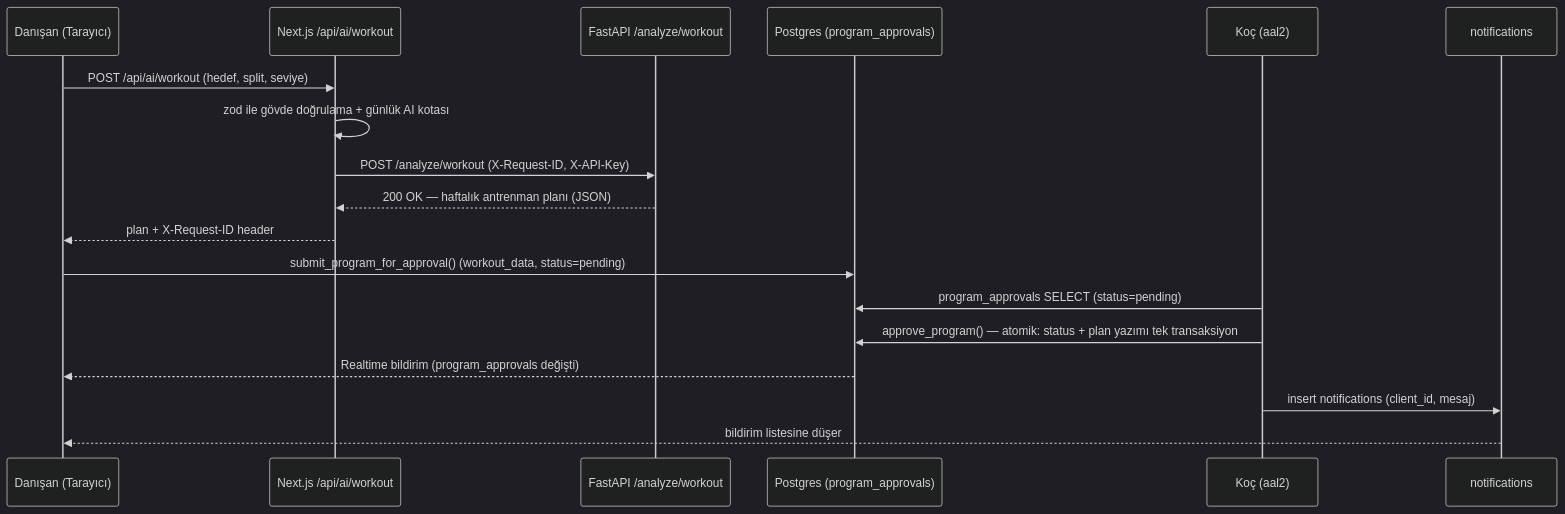
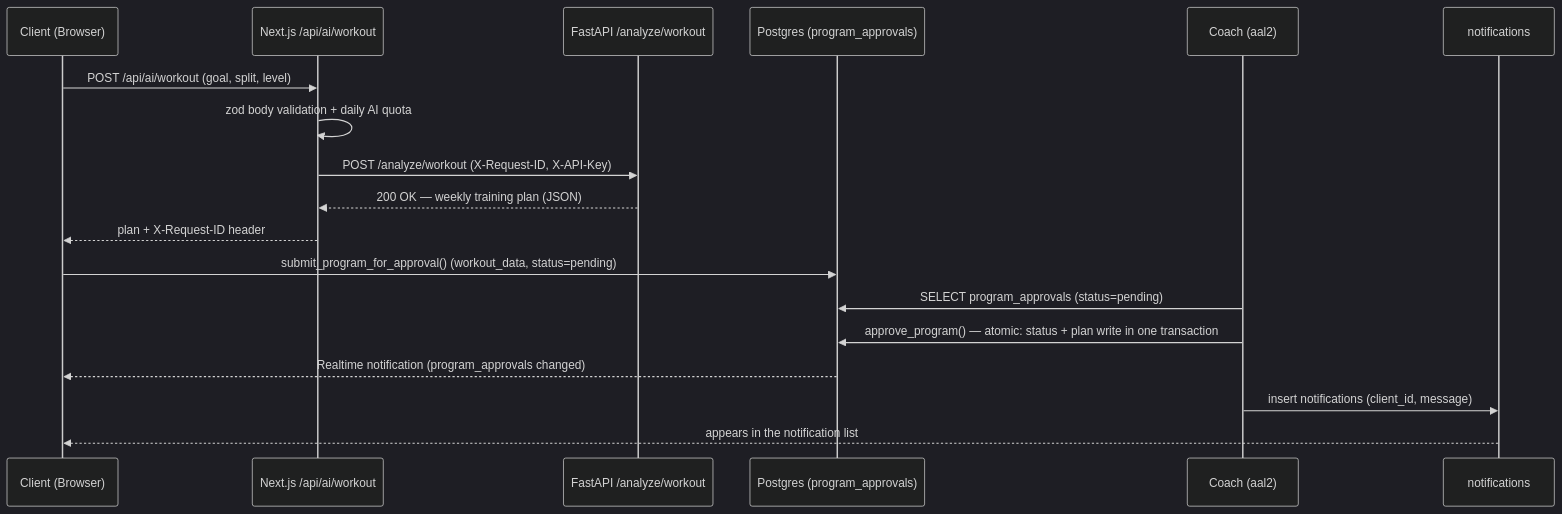
The second of 2 diagrams in README.md (ayberkaarda/Online-Coaching-AppV2), drawn with Mermaid (dark theme) before and after one commit. The commit also changed other lines of this file and 46 other files, not shown here.

````diff
--- a/README.md
+++ b/README.md
@@ -171,21 +200,21 @@
 ```mermaid
 sequenceDiagram
-  participant D as Danışan (Tarayıcı)
+  participant D as Client (Browser)
   participant N as Next.js /api/ai/workout
   participant F as FastAPI /analyze/workout
   participant P as Postgres (program_approvals)
-  participant K as Koç (aal2)
+  participant K as Coach (aal2)
   participant Not as notifications
 
-  D->>N: POST /api/ai/workout (hedef, split, seviye)
-  N->>N: zod ile gövde doğrulama + günlük AI kotası
+  D->>N: POST /api/ai/workout (goal, split, level)
+  N->>N: zod body validation + daily AI quota
   N->>F: POST /analyze/workout (X-Request-ID, X-API-Key)
-  F-->>N: 200 OK — haftalık antrenman planı (JSON)
+  F-->>N: 200 OK — weekly training plan (JSON)
   N-->>D: plan + X-Request-ID header
   D->>P: submit_program_for_approval() (workout_data, status=pending)
-  K->>P: program_approvals SELECT (status=pending)
-  K->>P: approve_program() — atomik: status + plan yazımı tek transaksiyon
-  P-->>D: Realtime bildirim (program_approvals değişti)
-  K->>Not: insert notifications (client_id, mesaj)
-  Not-->>D: bildirim listesine düşer
+  K->>P: SELECT program_approvals (status=pending)
+  K->>P: approve_program() — atomic: status + plan write in one transaction
+  P-->>D: Realtime notification (program_approvals changed)
+  K->>Not: insert notifications (client_id, message)
+  Not-->>D: appears in the notification list
 ```
````
